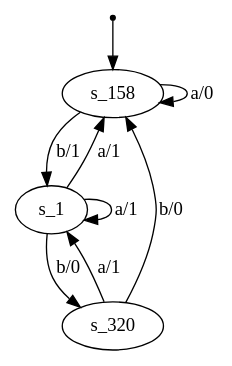
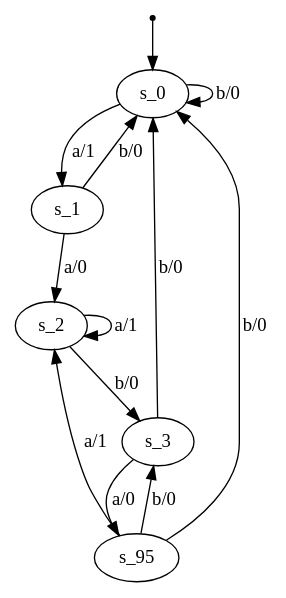
Before and after one commit to gaellinkeu/RNN-for-Mealy-Machines: the diagram in FSMs_visuals/fsm1_0.2_extracted.dot, drawn with Graphviz. The commit also changed 369 other files, not shown here.

```diff
--- a/FSMs_visuals/fsm1_0.2_extracted.dot
+++ b/FSMs_visuals/fsm1_0.2_extracted.dot
@@ -1,14 +1,20 @@
 digraph fsm {
-	s_158 [root=true]
+	s_0 [root=true]
 	s_1
-	s_320
+	s_2
+	s_3
+	s_95
 	qi [shape = point]
-	qi -> s_158
-	s_158 -> s_1 [label="b/1"]
-	s_1 -> s_320 [label="b/0"]
-	s_320 -> s_158 [label="b/0"]
-	s_158 -> s_158 [label="a/0"]
-	s_1 -> s_1 [label="a/1"]
-	s_320 -> s_1 [label="a/1"]
-	s_1 -> s_158 [label="a/1"]
+	qi -> s_0
+	s_0 -> s_1 [label="a/1"]
+	s_1 -> s_2 [label="a/0"]
+	s_2 -> s_3 [label="b/0"]
+	s_3 -> s_0 [label="b/0"]
+	s_1 -> s_0 [label="b/0"]
+	s_0 -> s_0 [label="b/0"]
+	s_3 -> s_95 [label="a/0"]
+	s_95 -> s_3 [label="b/0"]
+	s_2 -> s_2 [label="a/1"]
+	s_95 -> s_2 [label="a/1"]
+	s_95 -> s_0 [label="b/0"]
 }
```
